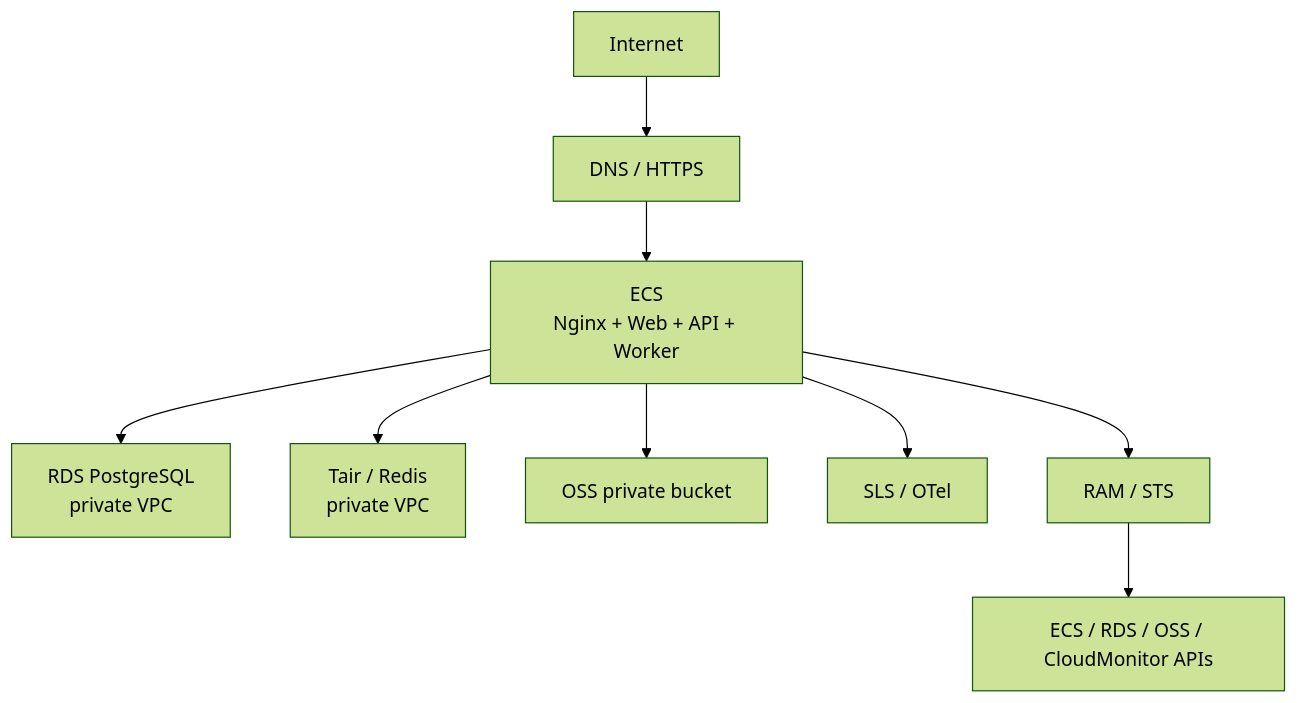
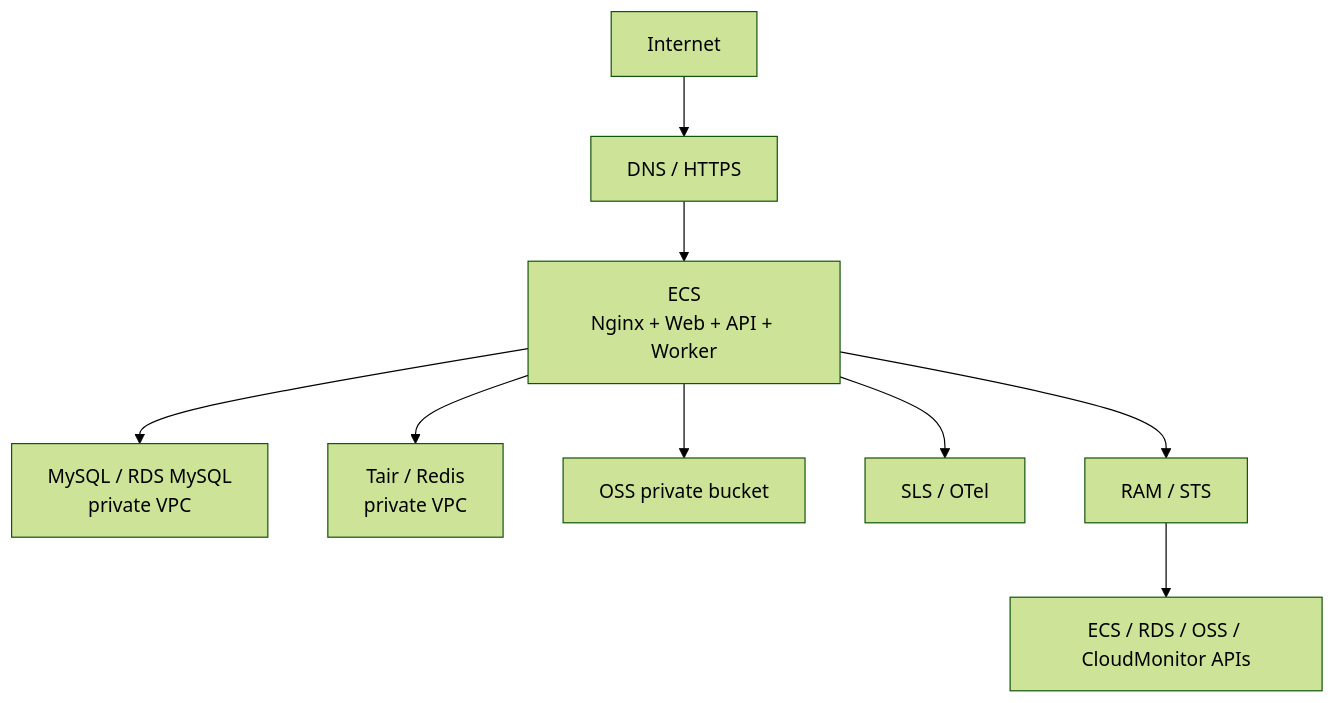
Before and after one commit to ChrisXiejq/SoloOps: the fourth of 4 diagrams in docs/02-architecture.md, drawn with Mermaid (forest theme). The commit also changed other lines of this file and 22 other files, not shown here.

````diff
--- a/docs/02-architecture.md
+++ b/docs/02-architecture.md
@@ -169,11 +169,11 @@
 ```mermaid
 flowchart TB
   INTERNET["Internet"] --> DNS["DNS / HTTPS"]
   DNS --> ECS["ECS\nNginx + Web + API + Worker"]
-  ECS --> RDS["RDS PostgreSQL\nprivate VPC"]
+  ECS --> RDS["MySQL / RDS MySQL\nprivate VPC"]
   ECS --> TAIR["Tair / Redis\nprivate VPC"]
   ECS --> OSS["OSS private bucket"]
   ECS --> SLS["SLS / OTel"]
   ECS --> RAM["RAM / STS"]
   RAM --> CLOUD["ECS / RDS / OSS / CloudMonitor APIs"]
 ```
````
